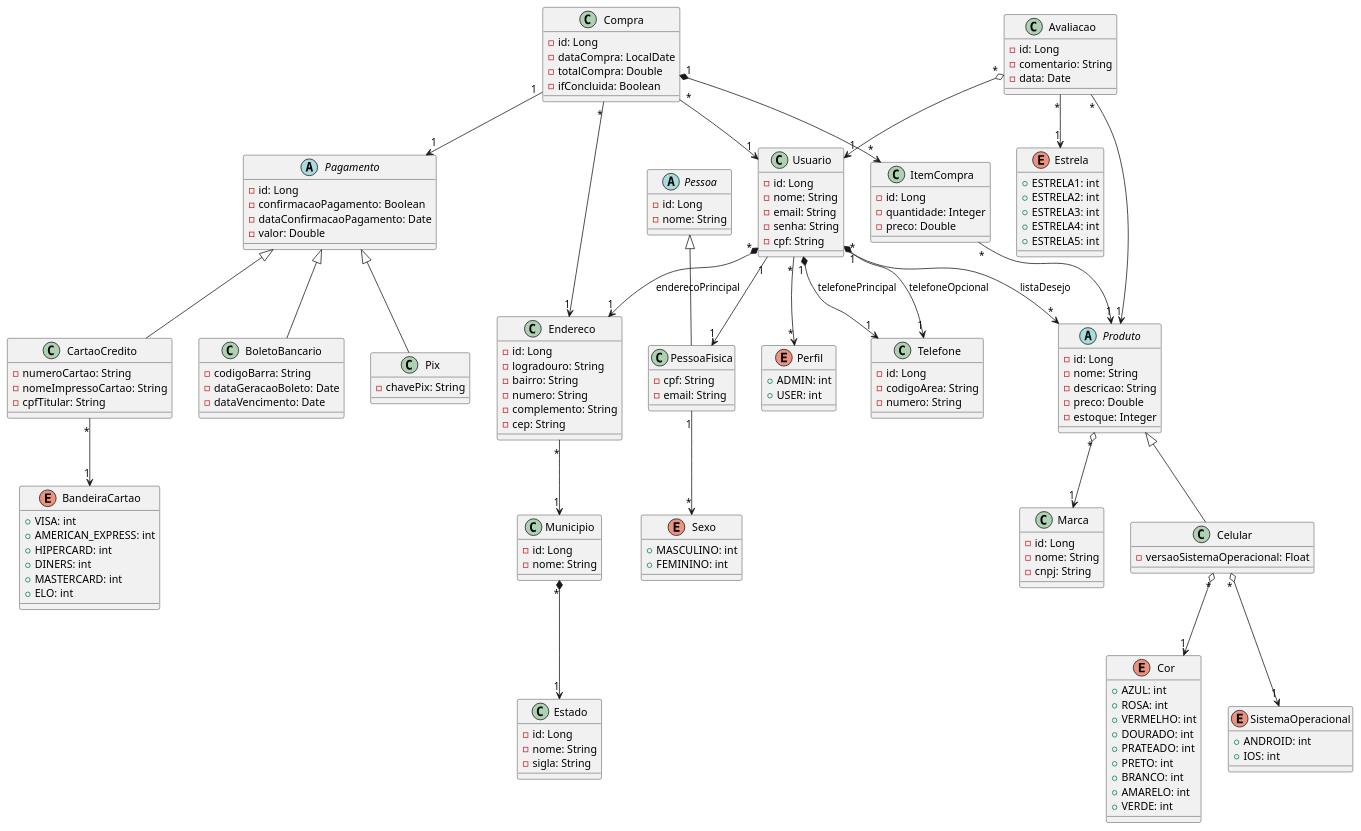
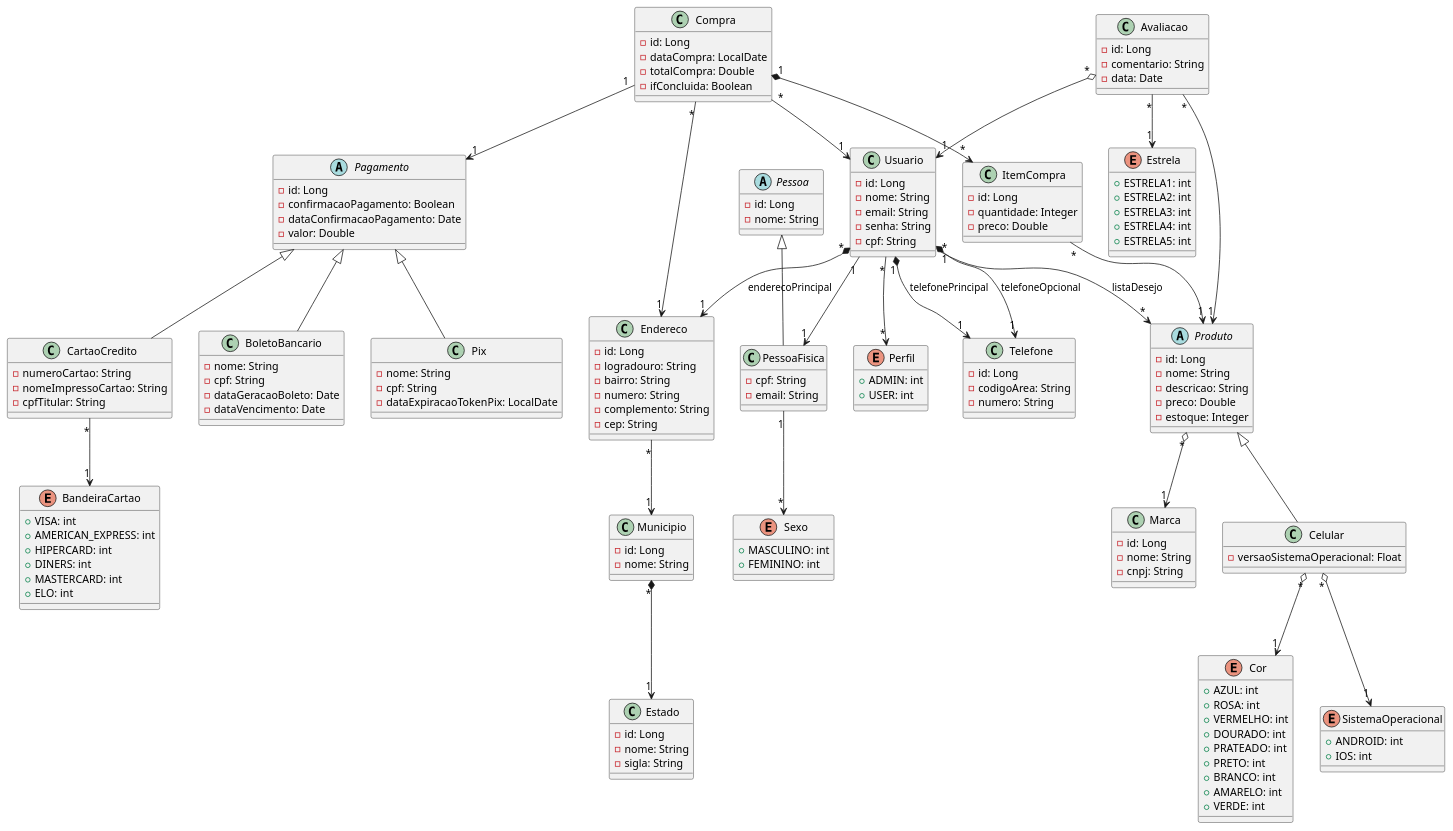
The diagram in ecommerce-Celular.plantuml (HitaloAguiar/Project_ecommerce), drawn with PlantUML before and after one commit. The commit also changed 23 other files, not shown here.

```diff
--- a/ecommerce-Celular.plantuml
+++ b/ecommerce-Celular.plantuml
@@ -135,14 +135,17 @@
 
     class BoletoBancario {
 
-        - codigoBarra: String
+        - nome: String
+        - cpf: String
         - dataGeracaoBoleto: Date
         - dataVencimento: Date
     }
 
     class Pix {
 
-        - chavePix: String
+        - nome: String
+        - cpf: String
+        - dataExpiracaoTokenPix: LocalDate
     }
 
     class CartaoCredito {
```
